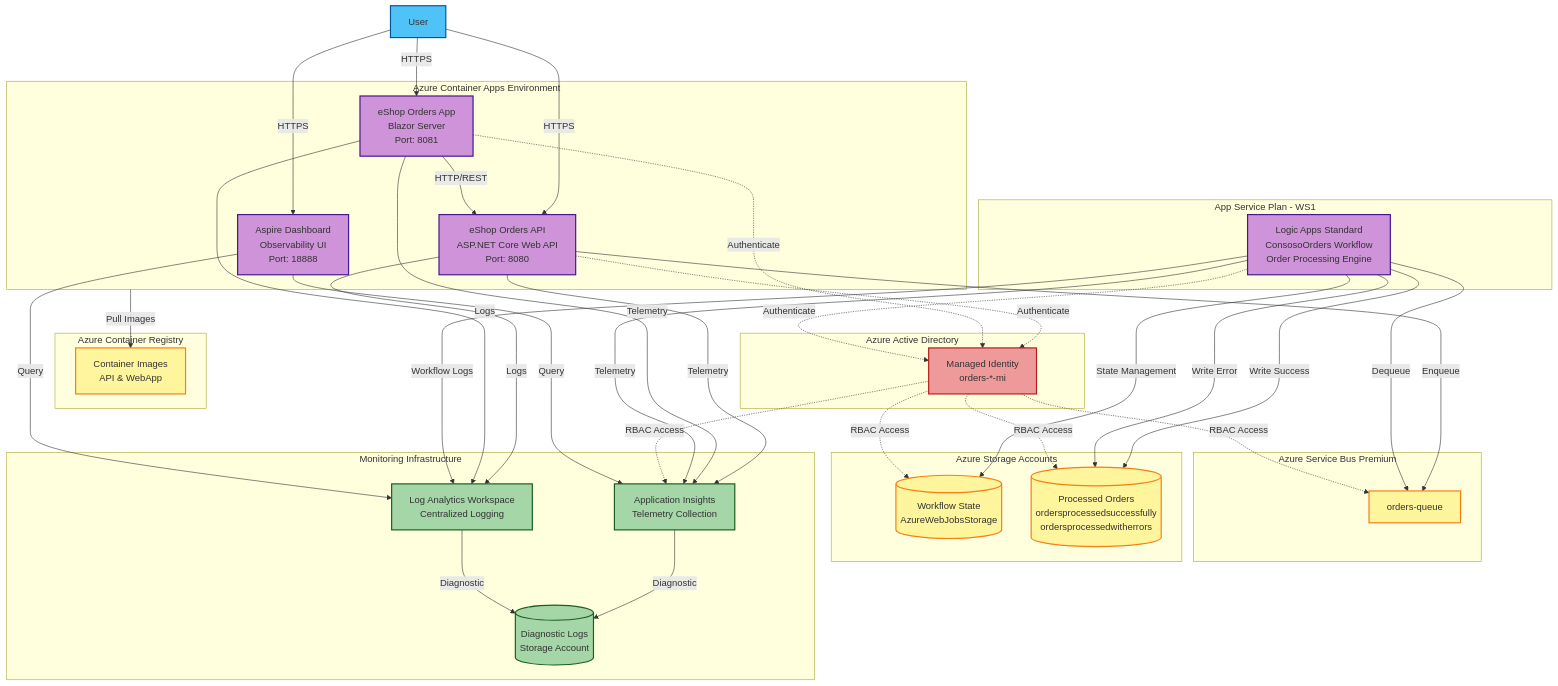
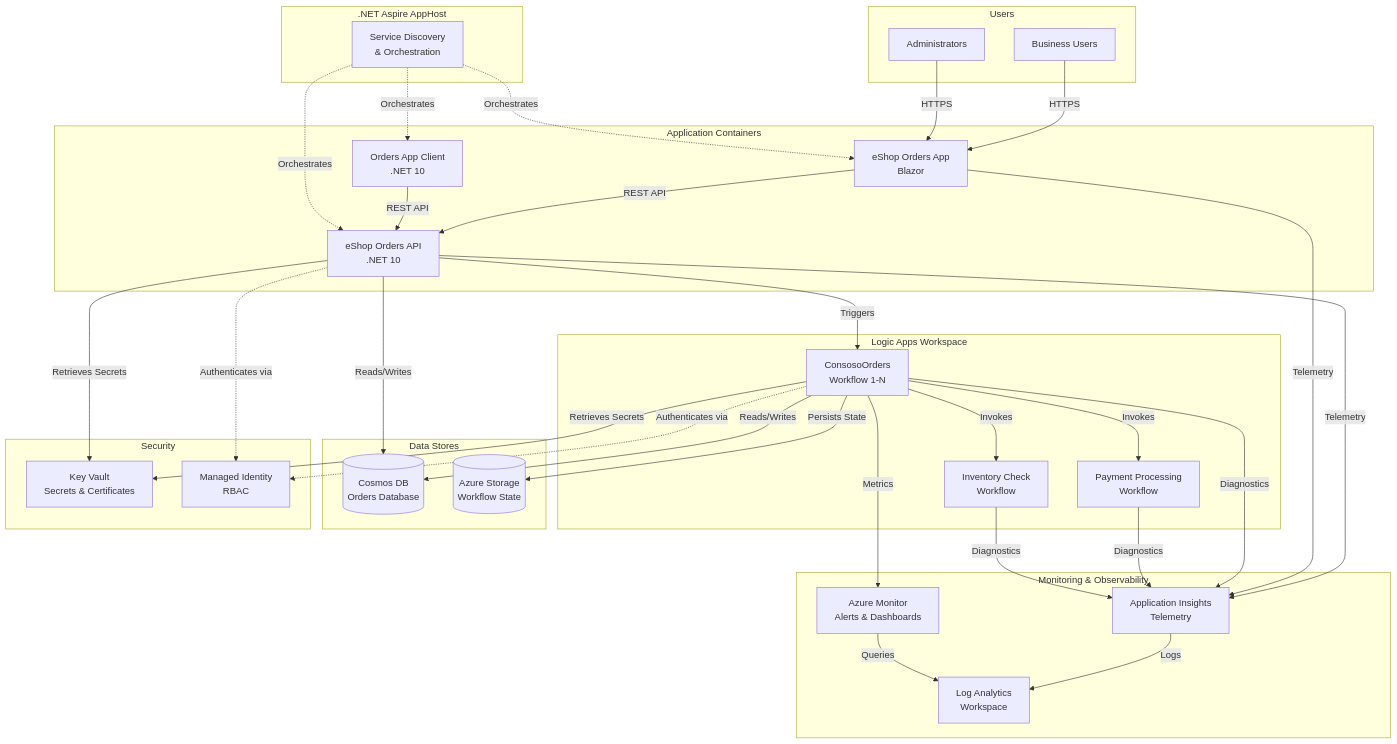
One commit to Evilazaro/Azure-LogicApps-Monitoring changed the second of 3 diagrams in README.md. Above: the diagram before and after it, drawn with Mermaid. The commit also changed other lines of this file, not shown here.

Commit message:
Implement feature X to enhance user experience and optimize performance

````diff
--- a/README.md
+++ b/README.md
@@ -221,84 +163,71 @@
 ```mermaid
 graph TB
-    User[User]
-    
-    subgraph ContainerAppsEnv["Azure Container Apps Environment"]
-        API[eShop Orders API<br/>ASP.NET Core Web API<br/>Port: 8080]
-        WebApp[eShop Orders App<br/>Blazor Server<br/>Port: 8081]
-        Dashboard[Aspire Dashboard<br/>Observability UI<br/>Port: 18888]
+    subgraph "Users"
+        U1[Business Users]
+        U2[Administrators]
     end
 
-    subgraph LogicAppsEnv["App Service Plan - WS1"]
-        LA[Logic Apps Standard<br/>ConsosoOrders Workflow<br/>Order Processing Engine]
+    subgraph ".NET Aspire AppHost"
+        AH[Service Discovery<br/>& Orchestration]
     end
 
-    subgraph Messaging["Azure Service Bus Premium"]
-        Queue[orders-queue]
+    subgraph "Application Containers"
+        API[eShop Orders API<br/>.NET 10]
+        APP[eShop Orders App<br/>Blazor]
+        CLIENT[Orders App Client<br/>.NET 10]
     end
 
-    subgraph Storage["Azure Storage Accounts"]
-        WorkflowStorage[(Workflow State<br/>AzureWebJobsStorage)]
-        BlobStorage[(Processed Orders<br/>ordersprocessedsuccessfully<br/>ordersprocessedwitherrors)]
+    subgraph "Logic Apps Workspace"
+        LA1[ConsosoOrders<br/>Workflow 1-N]
+        LA2[Payment Processing<br/>Workflow]
+        LA3[Inventory Check<br/>Workflow]
     end
 
-    subgraph Observability["Monitoring Infrastructure"]
-        AppInsights[Application Insights<br/>Telemetry Collection]
-        LogAnalytics[Log Analytics Workspace<br/>Centralized Logging]
-        DiagStorage[(Diagnostic Logs<br/>Storage Account)]
+    subgraph "Data Stores"
+        COSMOS[(Cosmos DB<br/>Orders Database)]
+        STORAGE[(Azure Storage<br/>Workflow State)]
     end
 
-    subgraph Registry["Azure Container Registry"]
-        ACR[Container Images<br/>API & WebApp]
+    subgraph "Monitoring & Observability"
+        AI[Application Insights<br/>Telemetry]
+        LA_WS[Log Analytics<br/>Workspace]
+        MON[Azure Monitor<br/>Alerts & Dashboards]
     end
 
-    subgraph Identity["Azure Active Directory"]
-        MI[Managed Identity<br/>orders-*-mi]
+    subgraph "Security"
+        KV[Key Vault<br/>Secrets & Certificates]
+        MI[Managed Identity<br/>RBAC]
     end
 
-    User -->|HTTPS| WebApp
-    User -->|HTTPS| API
-    User -->|HTTPS| Dashboard
+    U1 -->|HTTPS| APP
+    U2 -->|HTTPS| APP
+    APP -->|REST API| API
+    CLIENT -->|REST API| API
 
-    WebApp -->|HTTP/REST| API
-    API -->|Enqueue| Queue
-    LA -->|Dequeue| Queue
-    LA -->|Write Success| BlobStorage
-    LA -->|Write Error| BlobStorage
-    LA -->|State Management| WorkflowStorage
+    AH -.->|Orchestrates| API
+    AH -.->|Orchestrates| APP
+    AH -.->|Orchestrates| CLIENT
 
-    API -->|Telemetry| AppInsights
-    WebApp -->|Telemetry| AppInsights
-    LA -->|Telemetry| AppInsights
-    
-    API -->|Logs| LogAnalytics
-    WebApp -->|Logs| LogAnalytics
-    LA -->|Workflow Logs| LogAnalytics
-    
-    AppInsights -->|Diagnostic| DiagStorage
-    LogAnalytics -->|Diagnostic| DiagStorage
+    API -->|Triggers| LA1
+    LA1 -->|Invokes| LA2
+    LA1 -->|Invokes| LA3
 
-    ContainerAppsEnv -->|Pull Images| ACR
-    
-    API -.->|Authenticate| MI
-    WebApp -.->|Authenticate| MI
-    LA -.->|Authenticate| MI
-    MI -.->|RBAC Access| Queue
-    MI -.->|RBAC Access| BlobStorage
-    MI -.->|RBAC Access| WorkflowStorage
-    MI -.->|RBAC Access| AppInsights
+    API -->|Reads/Writes| COSMOS
+    LA1 -->|Reads/Writes| COSMOS
+    LA1 -->|Persists State| STORAGE
 
-    Dashboard -->|Query| AppInsights
-    Dashboard -->|Query| LogAnalytics
+    API -->|Telemetry| AI
+    APP -->|Telemetry| AI
+    LA1 -->|Diagnostics| AI
+    LA2 -->|Diagnostics| AI
+    LA3 -->|Diagnostics| AI
 
-    classDef userClass fill:#4fc3f7,stroke:#01579b,stroke-width:2px
-    classDef containerClass fill:#ce93d8,stroke:#4a148c,stroke-width:2px
-    classDef storageClass fill:#fff59d,stroke:#f57f17,stroke-width:2px
-    classDef observabilityClass fill:#a5d6a7,stroke:#1b5e20,stroke-width:2px
-    classDef identityClass fill:#ef9a9a,stroke:#b71c1c,stroke-width:2px
+    AI -->|Logs| LA_WS
+    LA1 -->|Metrics| MON
+    MON -->|Queries| LA_WS
 
-    class User userClass
-    class API,WebApp,Dashboard,LA containerClass
-    class Queue,WorkflowStorage,BlobStorage,ACR storageClass
-    class AppInsights,LogAnalytics,DiagStorage observabilityClass
-    class MI identityClass
+    API -->|Retrieves Secrets| KV
+    LA1 -->|Retrieves Secrets| KV
+    API -.->|Authenticates via| MI
+    LA1 -.->|Authenticates via| MI
 ```
````
